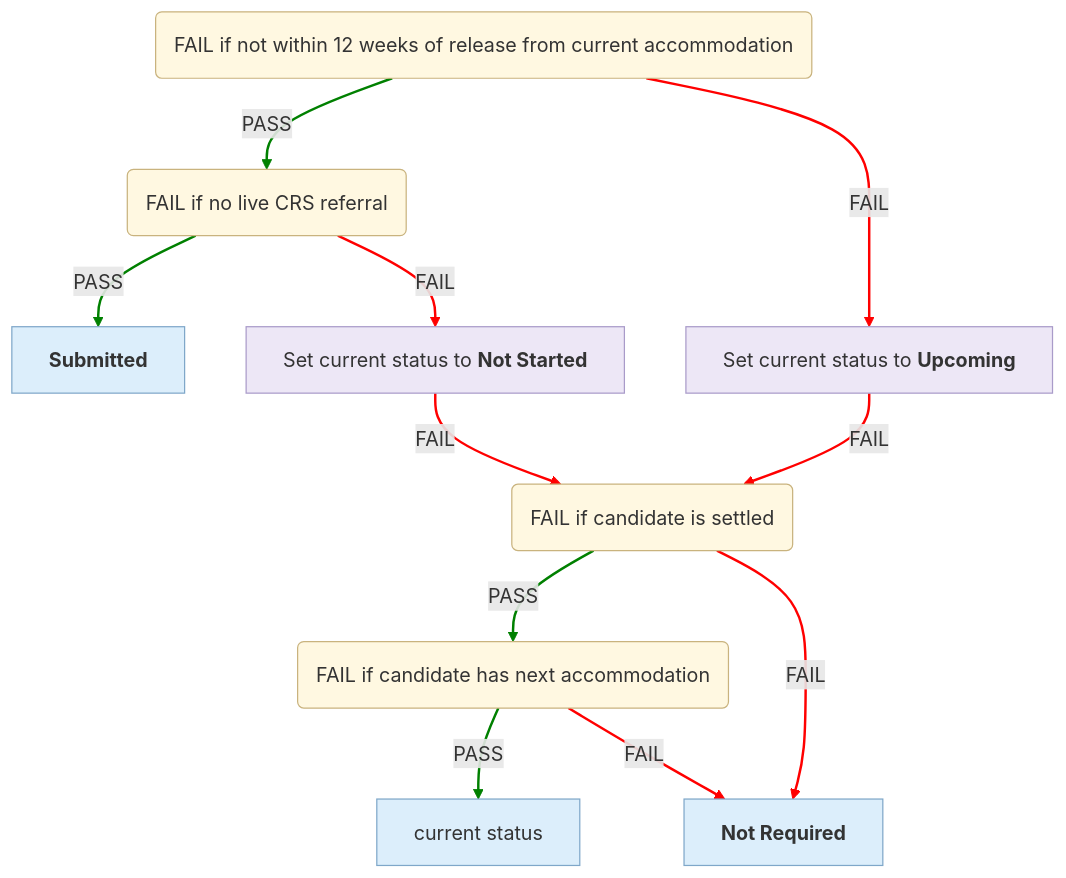
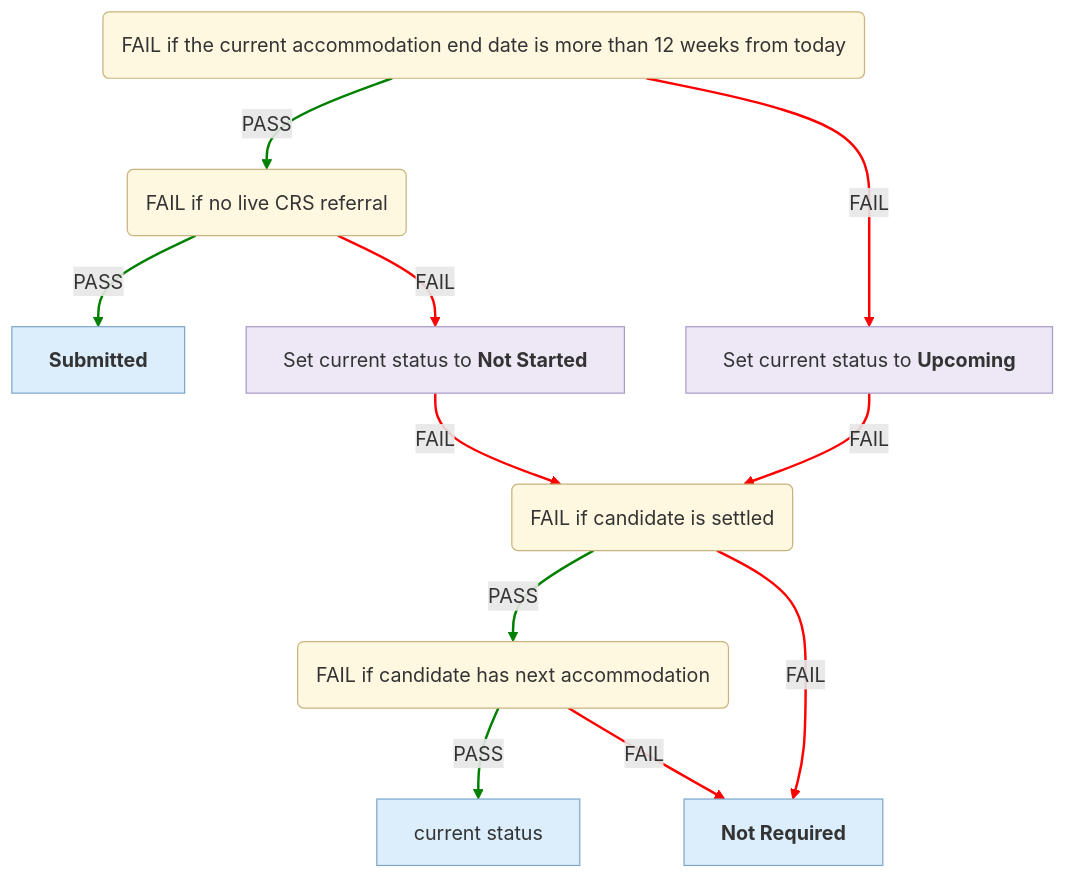
One commit to ministryofjustice/hmpps-single-accommodation-service-api changed the fourth of 6 diagrams in docs/eligibility-rules-graph.md. Above: the diagram before and after it, drawn with Mermaid. The commit also changed other lines of this file and 22 other files, not shown here.

Commit message:
chore/SAS-1544-Make-language-more-natural-for-Fail-descriptions

````diff
--- a/docs/eligibility-rules-graph.md
+++ b/docs/eligibility-rules-graph.md
@@ -421,31 +421,31 @@
 ```mermaid
 %%{init: {"flowchart": {"wrappingWidth": 800}}}%%
 flowchart TD
-  Upcoming("<div style='text-align:left'>FAIL if not within 12 weeks of release from current accommodation</div>")
+  Upcoming("<div style='text-align:left'>FAIL if the current accommodation end date is more than 12 weeks from today</div>")
   Completion("<div style='text-align:left'>FAIL if no live CRS referral</div>")
   CRS_SUBMITTED["<b>Submitted</b>"]
   updater_CrsCompletionContextUpdater["Set current status to <b>Not Started</b>"]
   Eligibility_Settled("<div style='text-align:left'>FAIL if candidate is settled</div>")
   Eligibility_Next_Accommodation("<div style='text-align:left'>FAIL if candidate has next accommodation</div>")
   confirmed["current status"]
   CRS_NOT_REQUIRED["<b>Not Required</b>"]
   updater_CrsUpcomingContextUpdater["Set current status to <b>Upcoming</b>"]
   Completion -->|PASS| CRS_SUBMITTED
   Completion -->|FAIL| updater_CrsCompletionContextUpdater
   Eligibility_Next_Accommodation -->|PASS| confirmed
   Eligibility_Next_Accommodation -->|FAIL| CRS_NOT_REQUIRED
   Eligibility_Settled -->|PASS| Eligibility_Next_Accommodation
   Eligibility_Settled -->|FAIL| CRS_NOT_REQUIRED
   updater_CrsCompletionContextUpdater -->|FAIL| Eligibility_Settled
   Upcoming -->|PASS| Completion
   Upcoming -->|FAIL| updater_CrsUpcomingContextUpdater
   updater_CrsUpcomingContextUpdater -->|FAIL| Eligibility_Settled
   linkStyle 0,2,4,7 stroke:green,stroke-width:2px
   linkStyle 1,3,5,6,8,9 stroke:red,stroke-width:2px
   classDef ruleSetNode fill:#FFF8E1,stroke:#C9B37E,color:#333
   classDef outcomeNode fill:#DCEEFB,stroke:#7FA7C9,color:#333
   classDef updaterNode fill:#EDE7F6,stroke:#A99BC9,color:#333
   class Upcoming,Completion,Eligibility_Settled,Eligibility_Next_Accommodation ruleSetNode
   class CRS_SUBMITTED,confirmed,CRS_NOT_REQUIRED outcomeNode
   class updater_CrsCompletionContextUpdater,updater_CrsUpcomingContextUpdater updaterNode
 ```
````
